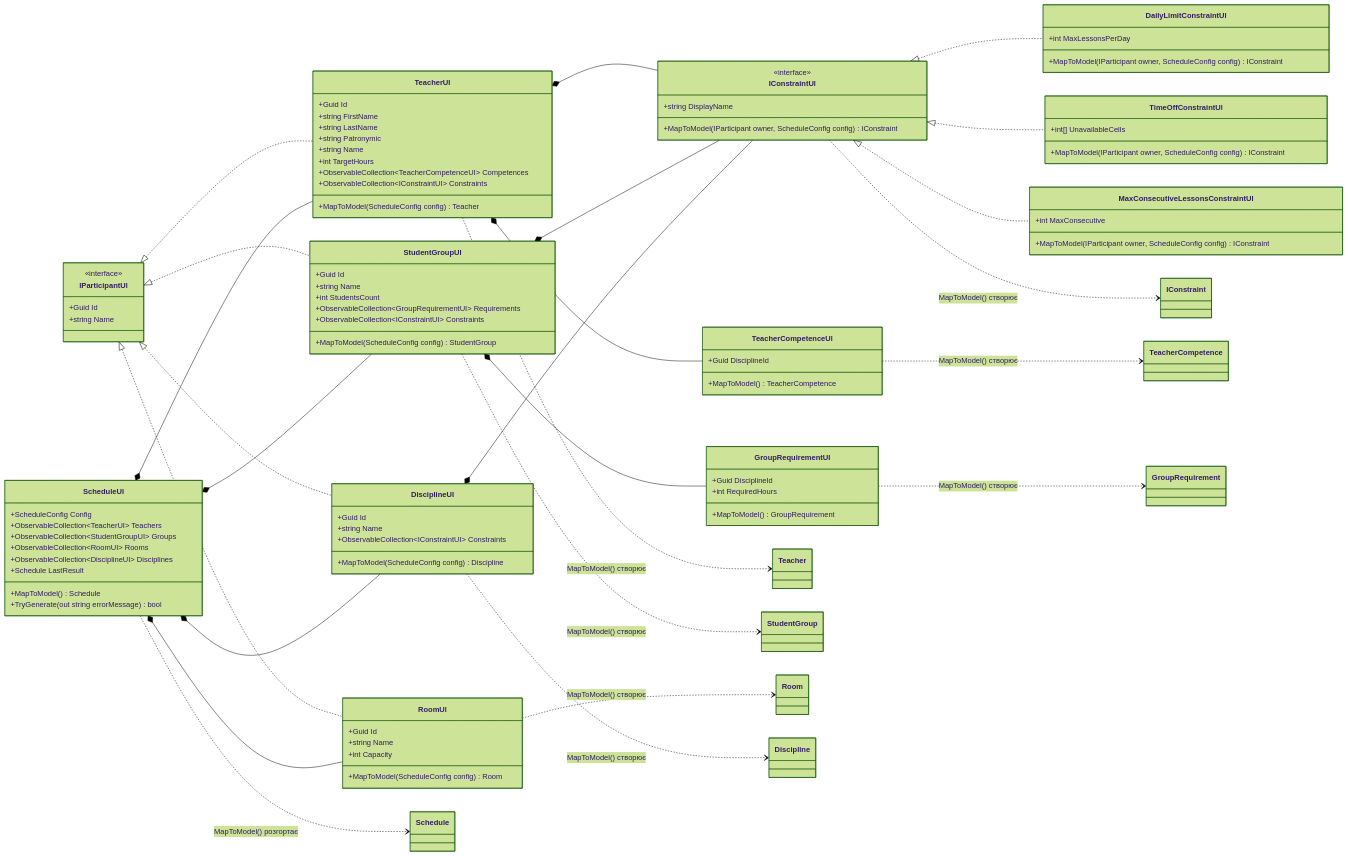
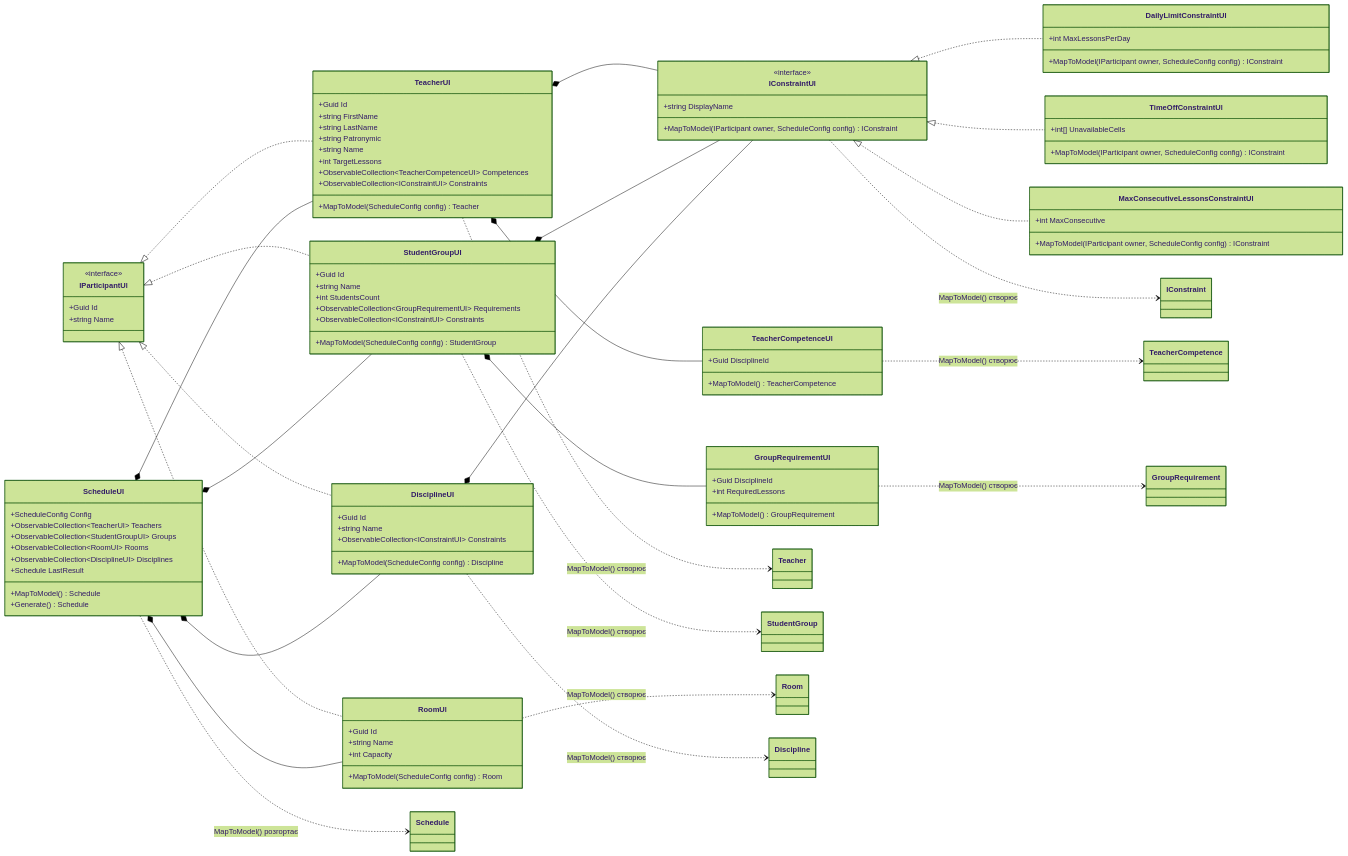
One commit to WDYT32/Lab1MAUI changed the second of 6 diagrams in README.md. Above: the diagram before and after it, drawn with Mermaid (forest theme). The commit also changed other lines of this file and 41 other files, not shown here.

```diff
--- a/README.md
+++ b/README.md
@@ -217,7 +217,7 @@
         +ObservableCollection~DisciplineUI~ Disciplines
         +Schedule LastResult
         +MapToModel() Schedule
-        +TryGenerate(out string errorMessage) bool
+        +Generate() Schedule
     }
 
     class TeacherUI {
@@ -226,7 +226,7 @@
         +string LastName
         +string Patronymic
         +string Name
-        +int TargetHours
+        +int TargetLessons
         +ObservableCollection~TeacherCompetenceUI~ Competences
         +ObservableCollection~IConstraintUI~ Constraints
         +MapToModel(ScheduleConfig config) Teacher
@@ -276,7 +276,7 @@
 
     class GroupRequirementUI {
         +Guid DisciplineId
-        +int RequiredHours
+        +int RequiredLessons
         +MapToModel() GroupRequirement
     }
     class TeacherCompetenceUI {
```
